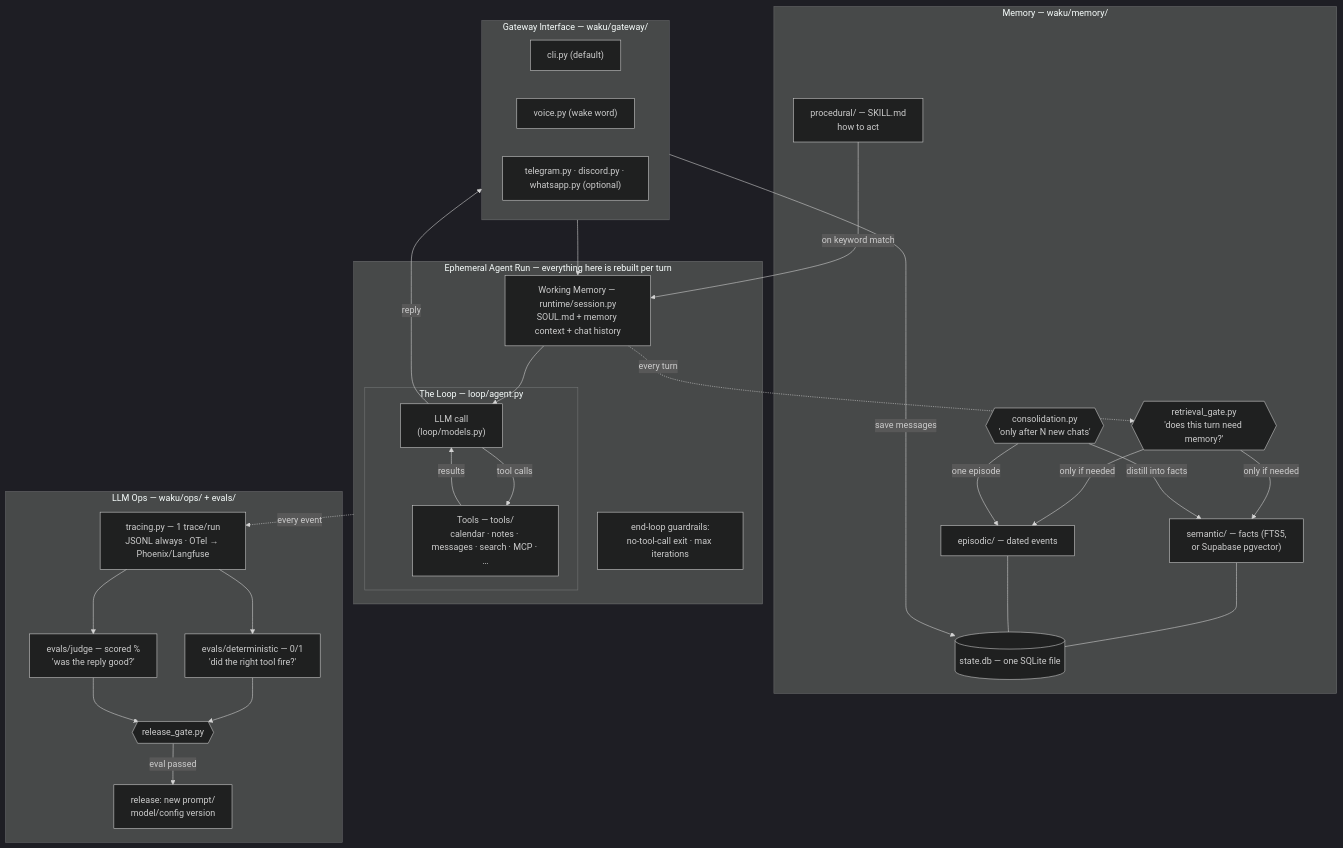
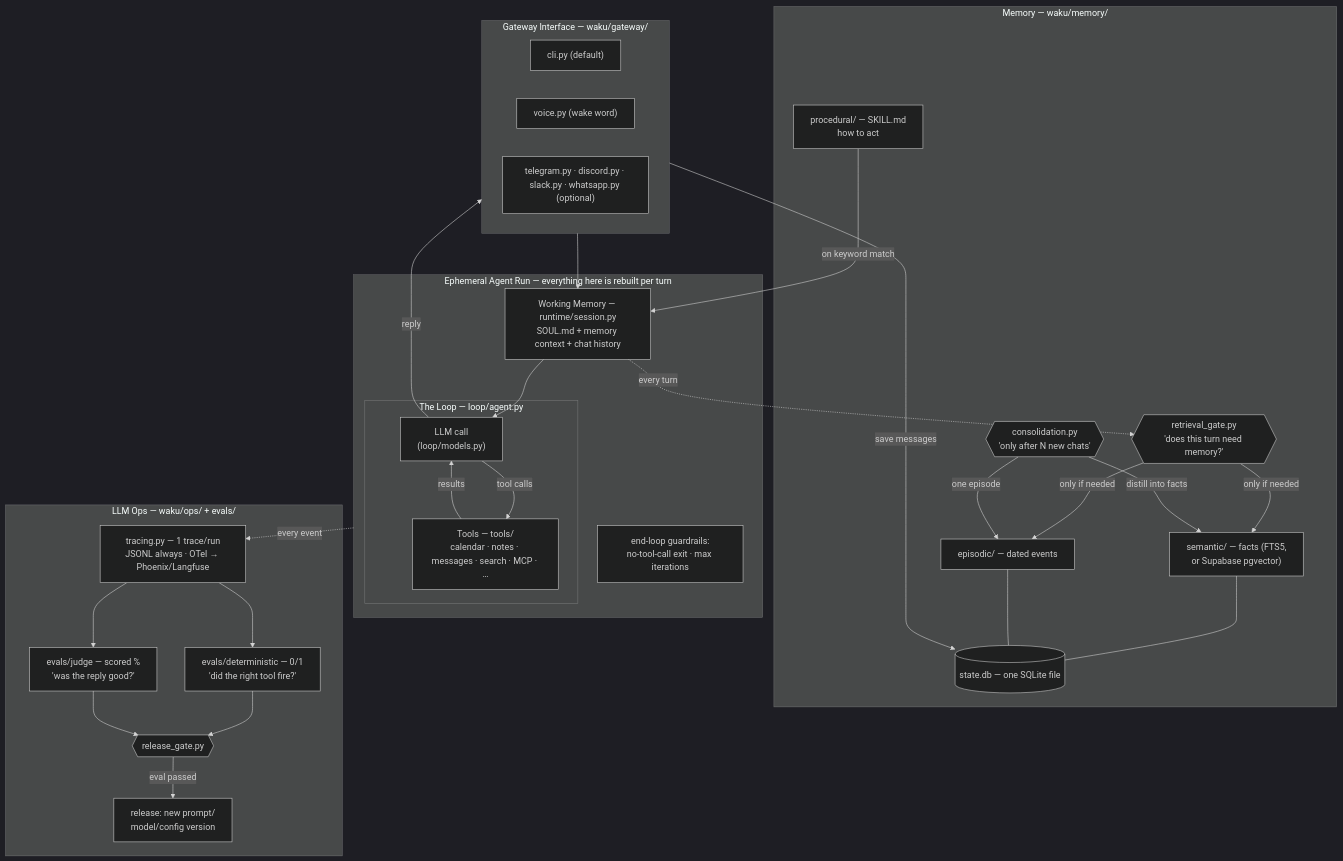
The first of 2 diagrams in docs/architecture.md (ShenSeanChen/waku-agent), drawn with Mermaid (dark theme) before and after one commit. The commit also changed other lines of this file and 15 other files, not shown here.

````diff
--- a/docs/architecture.md
+++ b/docs/architecture.md
@@ -7,49 +7,49 @@
 ```mermaid
 flowchart TB
     subgraph GW["Gateway Interface — waku/gateway/"]
         CLI["cli.py (default)"]
         VOICE["voice.py (wake word)"]
-        TG["telegram.py · discord.py · whatsapp.py (optional)"]
+        TG["telegram.py · discord.py · slack.py · whatsapp.py (optional)"]
     end
 
     subgraph RUN["Ephemeral Agent Run — everything here is rebuilt per turn"]
         WM["Working Memory — runtime/session.py<br/>SOUL.md + memory context + chat history"]
         subgraph LOOP["The Loop — loop/agent.py"]
             LLM["LLM call<br/>(loop/models.py)"]
             TOOLS["Tools — tools/<br/>calendar · notes · messages · search · MCP · …"]
             LLM -->|tool calls| TOOLS -->|results| LLM
         end
         WM --> LLM
         GUARD["end-loop guardrails:<br/>no-tool-call exit · max iterations"]
     end
 
     GW --> WM
     LLM -->|reply| GW
 
     subgraph MEM["Memory — waku/memory/"]
         GATE{{"retrieval_gate.py<br/>'does this turn need memory?'"}}
         PROC["procedural/ — SKILL.md<br/>how to act"]
         SEM["semantic/ — facts (FTS5,<br/>or Supabase pgvector)"]
         EPI["episodic/ — dated events"]
         CONS{{"consolidation.py<br/>'only after N new chats'"}}
         DB[("state.db — one SQLite file")]
     end
 
     WM -.->|every turn| GATE
     GATE -->|only if needed| SEM & EPI
     PROC -->|on keyword match| WM
     GW -->|save messages| DB
     CONS -->|distill into facts| SEM
     CONS -->|one episode| EPI
     SEM & EPI --- DB
 
     subgraph OPS["LLM Ops — waku/ops/ + evals/"]
         TRACE["tracing.py — 1 trace/run<br/>JSONL always · OTel → Phoenix/Langfuse"]
         DET["evals/deterministic — 0/1<br/>'did the right tool fire?'"]
         JUDGE["evals/judge — scored %<br/>'was the reply good?'"]
         RGATE{{"release_gate.py"}}
         TRACE --> DET & JUDGE --> RGATE -->|eval passed| SHIP["release: new prompt/<br/>model/config version"]
     end
 
     RUN -.->|every event| TRACE
 ```
````
